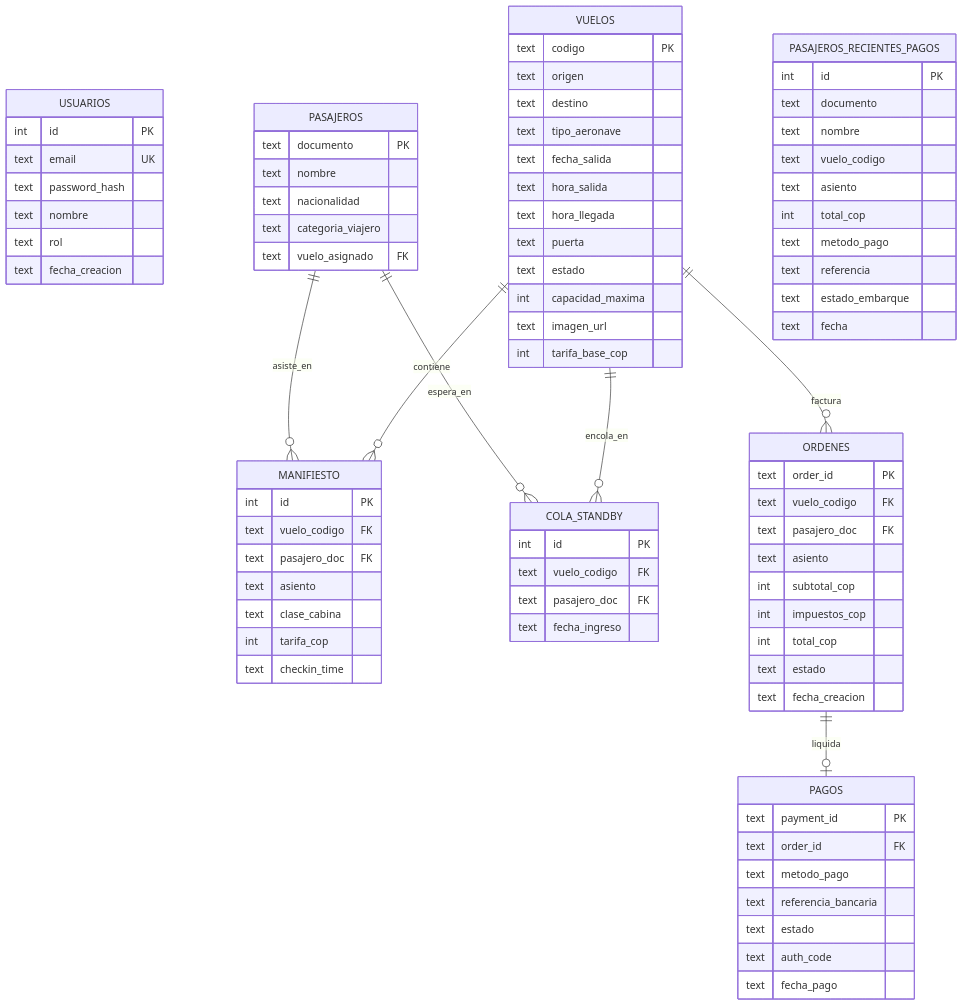
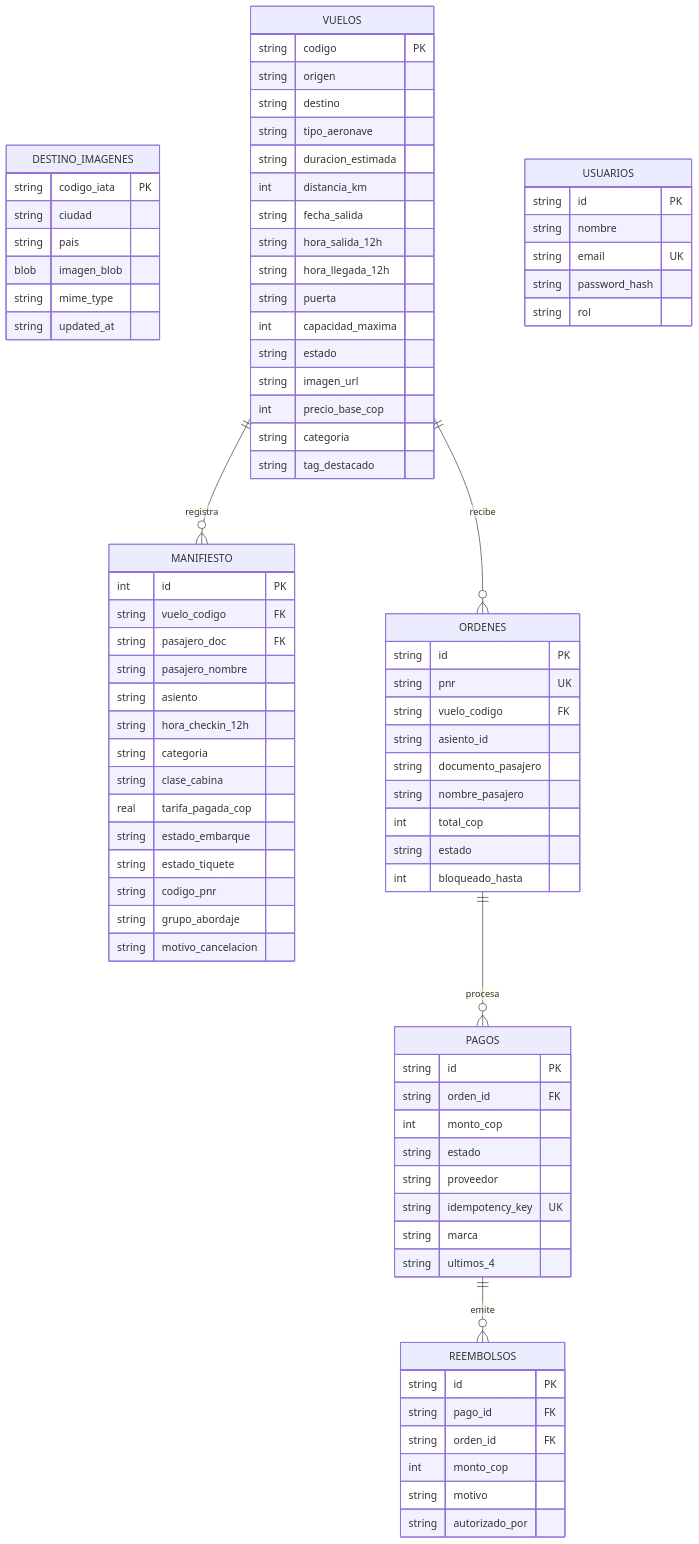
The diagram in README.md (Nicolas-Moncada/avion), drawn with Mermaid before and after one commit. The commit also changed other lines of this file and 90 other files, not shown here.

````diff
--- a/README.md
+++ b/README.md
@@ -222,93 +94,86 @@
 ```mermaid
 erDiagram
+    DESTINO_IMAGENES {
+        string codigo_iata PK
+        string ciudad
+        string pais
+        blob imagen_blob
+        string mime_type
+        string updated_at
+    }
+    VUELOS {
+        string codigo PK
+        string origen
+        string destino
+        string tipo_aeronave
+        string duracion_estimada
+        int distancia_km
+        string fecha_salida
+        string hora_salida_12h
+        string hora_llegada_12h
+        string puerta
+        int capacidad_maxima
+        string estado
+        string imagen_url
+        int precio_base_cop
+        string categoria
+        string tag_destacado
+    }
+    MANIFIESTO {
+        int id PK
+        string vuelo_codigo FK
+        string pasajero_doc FK
+        string pasajero_nombre
+        string asiento
+        string hora_checkin_12h
+        string categoria
+        string clase_cabina
+        real tarifa_pagada_cop
+        string estado_embarque
+        string estado_tiquete
+        string codigo_pnr
+        string grupo_abordaje
+        string motivo_cancelacion
+    }
+    ORDENES {
+        string id PK
+        string pnr UK
+        string vuelo_codigo FK
+        string asiento_id
+        string documento_pasajero
+        string nombre_pasajero
+        int total_cop
+        string estado
+        int bloqueado_hasta
+    }
+    PAGOS {
+        string id PK
+        string orden_id FK
+        int monto_cop
+        string estado
+        string proveedor
+        string idempotency_key UK
+        string marca
+        string ultimos_4
+    }
+    REEMBOLSOS {
+        string id PK
+        string pago_id FK
+        string orden_id FK
+        int monto_cop
+        string motivo
+        string autorizado_por
+    }
     USUARIOS {
-        int id PK
-        text email UK
-        text password_hash
-        text nombre
-        text rol
-        text fecha_creacion
+        string id PK
+        string nombre
+        string email UK
+        string password_hash
+        string rol
     }
 
-    VUELOS {
-        text codigo PK
-        text origen
-        text destino
-        text tipo_aeronave
-        text fecha_salida
-        text hora_salida
-        text hora_llegada
-        text puerta
-        text estado
-        int capacidad_maxima
-        text imagen_url
-        int tarifa_base_cop
-    }
-
-    PASAJEROS {
-        text documento PK
-        text nombre
-        text nacionalidad
-        text categoria_viajero
-        text vuelo_asignado FK
-    }
-
-    MANIFIESTO {
-        int id PK
-        text vuelo_codigo FK
-        text pasajero_doc FK
-        text asiento
-        text clase_cabina
-        int tarifa_cop
-        text checkin_time
-    }
-
-    COLA_STANDBY {
-        int id PK
-        text vuelo_codigo FK
-        text pasajero_doc FK
-        text fecha_ingreso
-    }
-
-    ORDENES {
-        text order_id PK
-        text vuelo_codigo FK
-        text pasajero_doc FK
-        text asiento
-        int subtotal_cop
-        int impuestos_cop
-        int total_cop
-        text estado
-        text fecha_creacion
-    }
-
-    PAGOS {
-        text payment_id PK
-        text order_id FK
-        text metodo_pago
-        text referencia_bancaria
-        text estado
-        text auth_code
-        text fecha_pago
-    }
-
-    PASAJEROS_RECIENTES_PAGOS {
-        int id PK
-        text documento
-        text nombre
-        text vuelo_codigo
-        text asiento
-        int total_cop
-        text metodo_pago
-        text referencia
-        text estado_embarque
-        text fecha
-    }
-
-    VUELOS ||--o{ MANIFIESTO : "contiene"
-    PASAJEROS ||--o{ MANIFIESTO : "asiste_en"
-    VUELOS ||--o{ COLA_STANDBY : "encola_en"
-    PASAJEROS ||--o{ COLA_STANDBY : "espera_en"
-    VUELOS ||--o{ ORDENES : "factura"
-    ORDENES ||--o| PAGOS : "liquida"
+    VUELOS ||--o{ MANIFIESTO : "registra"
+    VUELOS ||--o{ ORDENES : "recibe"
+    ORDENES ||--o{ PAGOS : "procesa"
+    PAGOS ||--o{ REEMBOLSOS : "emite"
 ```
````
